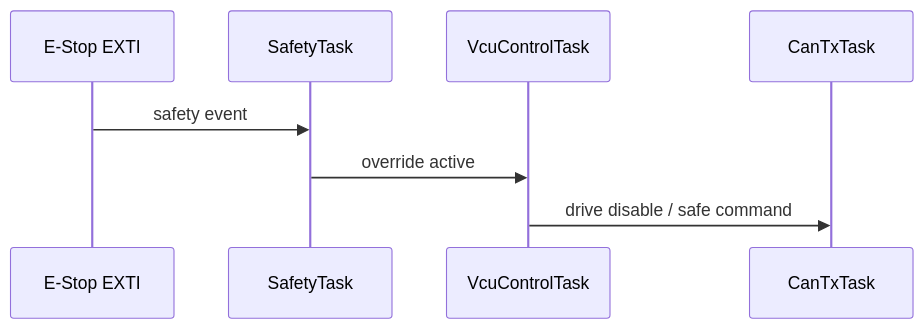
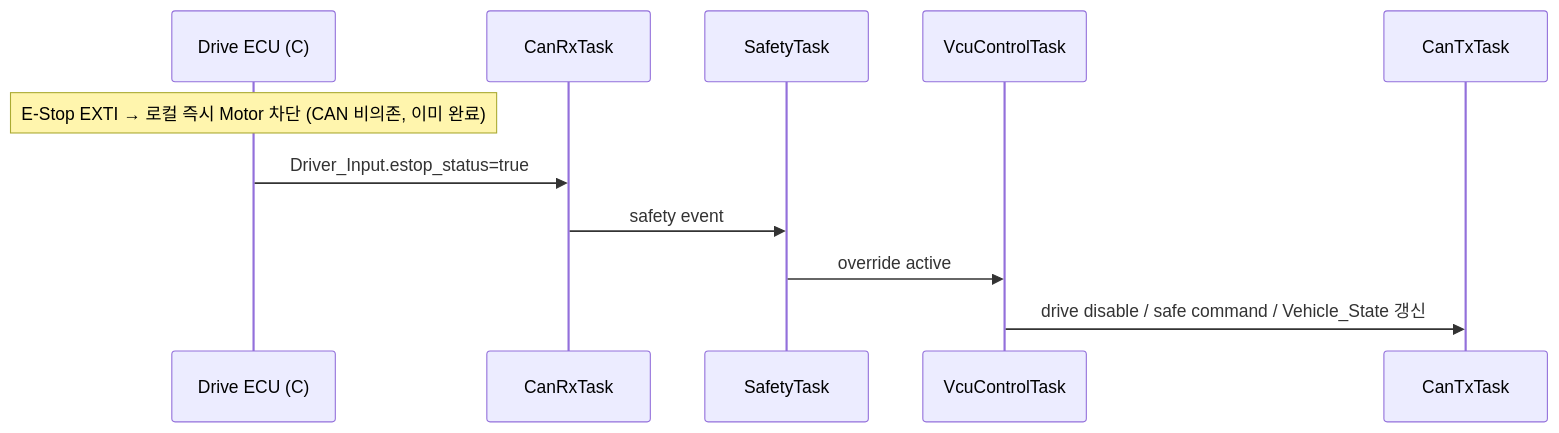
Before and after one commit to sunmaan22/SDV_MCU_Project: the fourth of 5 diagrams in docs/ecus/VCU_DTC_CAN_Integration/ARCHITECTURE.md, drawn with Mermaid. The commit also changed other lines of this file and 25 other files, not shown here.

Commit message:
docs: move safety inputs to Drive ECU and simplify live diagnostics

````diff
--- a/docs/ecus/VCU_DTC_CAN_Integration/ARCHITECTURE.md
+++ b/docs/ecus/VCU_DTC_CAN_Integration/ARCHITECTURE.md
@@ -233,10 +235,13 @@
 ```mermaid
 sequenceDiagram
-    participant ISR as E-Stop EXTI
+    participant C as Drive ECU (C)
+    participant RX as CanRxTask
     participant S as SafetyTask
     participant VC as VcuControlTask
     participant TX as CanTxTask
-    ISR->>S: safety event
+    Note over C: E-Stop EXTI → 로컬 즉시 Motor 차단 (CAN 비의존, 이미 완료)
+    C->>RX: Driver_Input.estop_status=true
+    RX->>S: safety event
     S->>VC: override active
-    VC->>TX: drive disable / safe command
+    VC->>TX: drive disable / safe command / Vehicle_State 갱신
 ```
````
